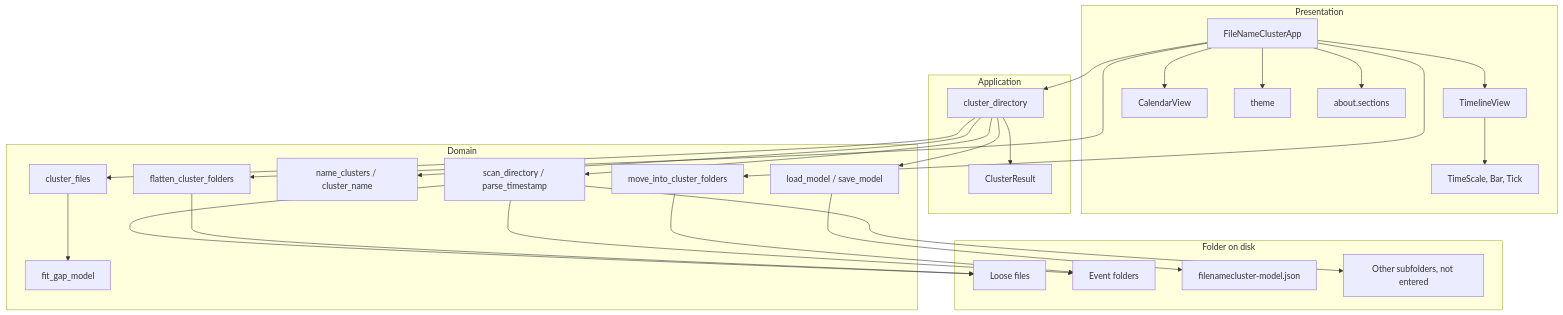
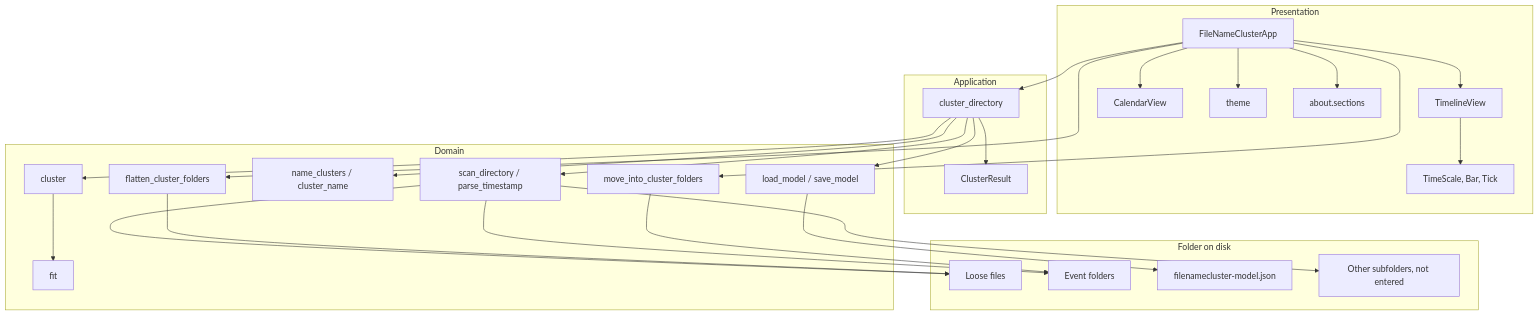
The second of 5 diagrams in docs/architecture.md (rvcgeeks/filenamecluster), drawn with Mermaid before and after one commit. The commit also changed other lines of this file and 157 other files, not shown here.

````diff
--- a/docs/architecture.md
+++ b/docs/architecture.md
@@ -33,54 +29,54 @@
 ```mermaid
 flowchart TB
     subgraph presentation["Presentation"]
         app["FileNameClusterApp"]
         timeline["TimelineView"]
         calendar["CalendarView"]
         layout["TimeScale, Bar, Tick"]
         theme["theme"]
         about["about.sections"]
     end
 
     subgraph application["Application"]
         pipeline["cluster_directory"]
         result["ClusterResult"]
     end
 
     subgraph domain["Domain"]
         parse["scan_directory / parse_timestamp"]
-        cluster["cluster_files"]
-        learn["fit_gap_model"]
+        cluster["cluster"]
+        fit["fit"]
         names["name_clusters / cluster_name"]
         move["move_into_cluster_folders"]
         flatten["flatten_cluster_folders"]
         modelfile["load_model / save_model"]
     end
 
     subgraph storage["Folder on disk"]
         loose["Loose files"]
         events["Event folders"]
         json["filenamecluster-model.json"]
         other["Other subfolders, not entered"]
     end
 
     app --> timeline
     app --> calendar
     timeline --> layout
     app --> theme
     app --> about
     app --> pipeline
     app --> move
     app --> flatten
     pipeline --> result
     pipeline --> parse
     pipeline --> cluster
     pipeline --> names
     pipeline --> modelfile
-    cluster --> learn
+    cluster --> fit
     parse --> loose
     parse --> events
     parse --> other
     modelfile --> json
     move --> events
     flatten --> loose
 ```
````
